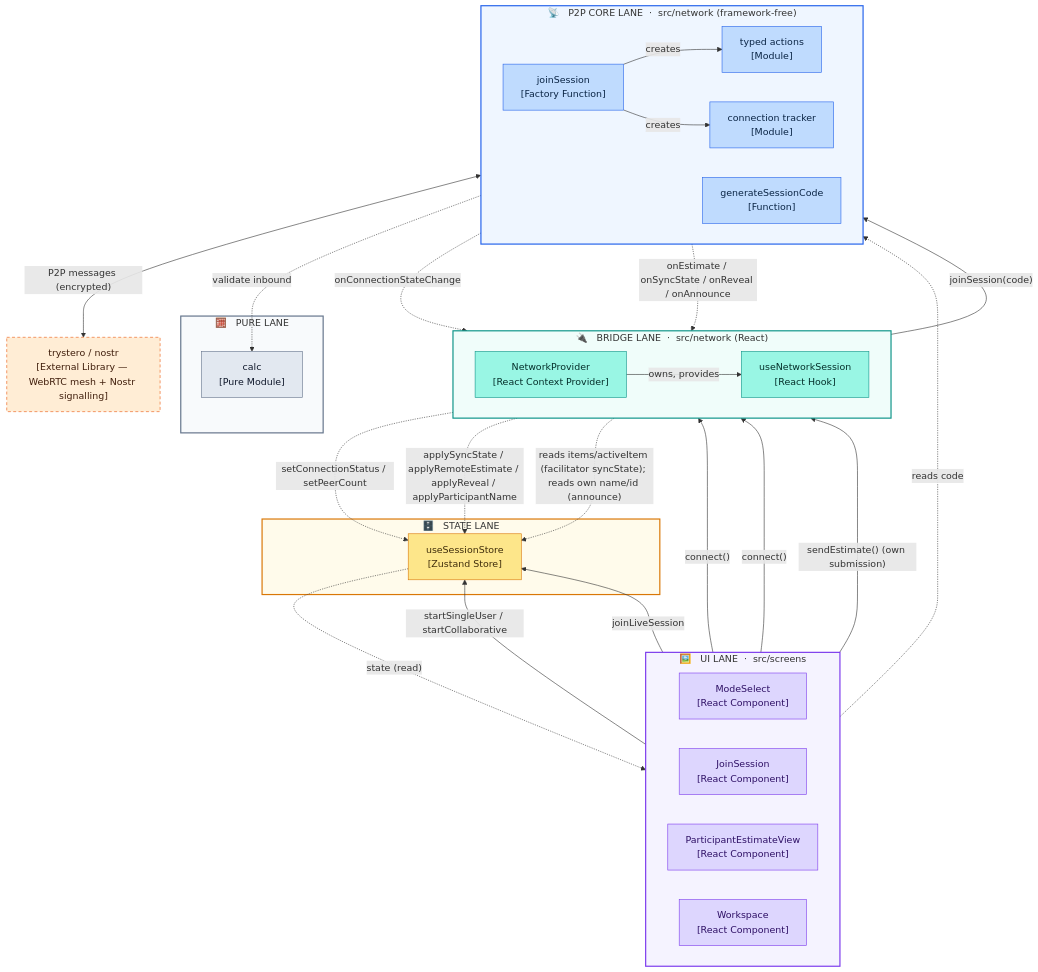
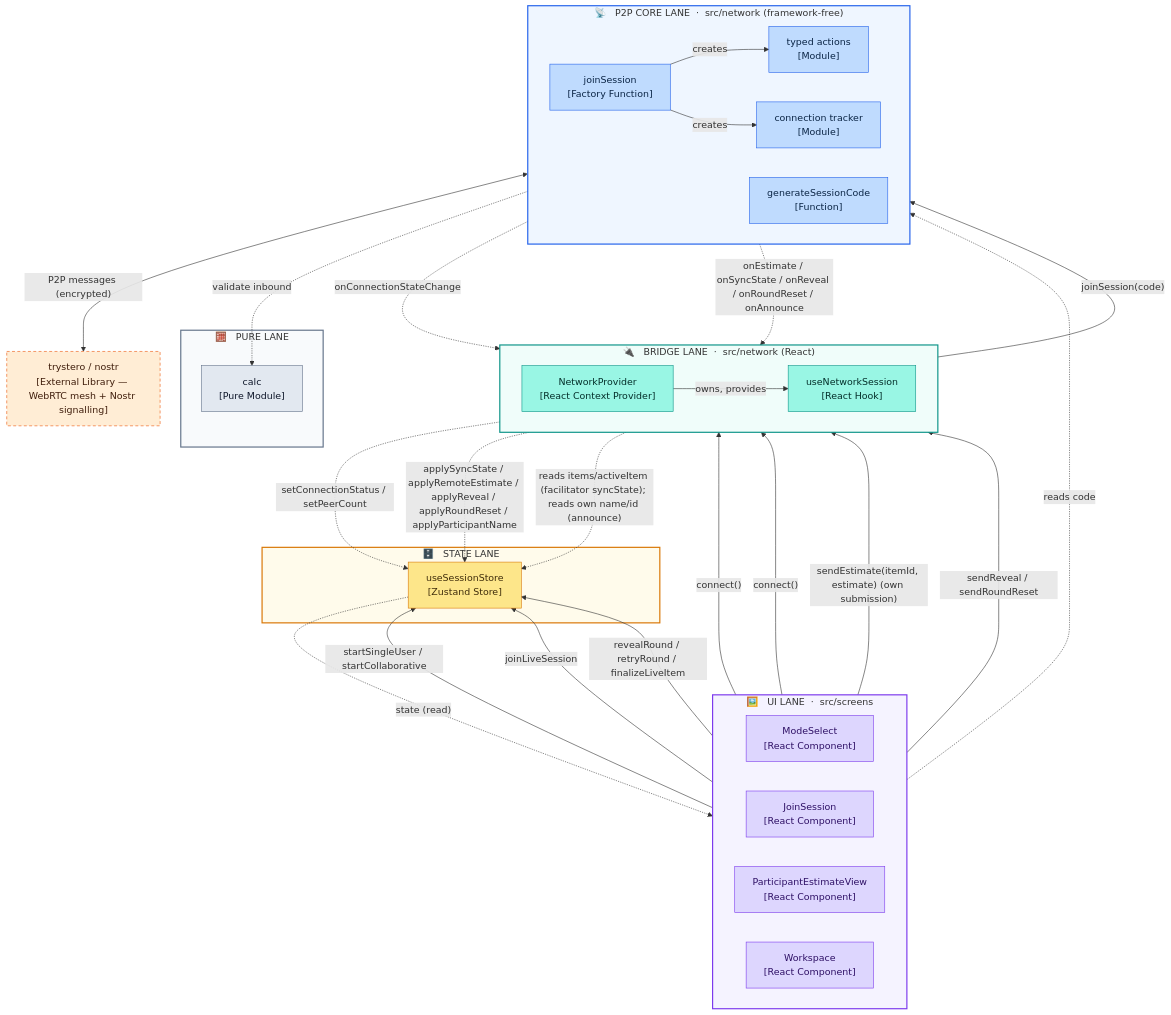
One commit to cfisch3r/estimate changed the first of 5 diagrams in docs/concepts/collaboration-mode.md. Above: the diagram before and after it, drawn with Mermaid. The commit also changed other lines of this file and 22 other files, not shown here.

First line of the commit message:
Build the facilitator reveal flow: Workspace 1c → 1d (#8) (#45)

````diff
--- a/docs/concepts/collaboration-mode.md
+++ b/docs/concepts/collaboration-mode.md
@@ -22,77 +23,79 @@
 ```mermaid
 flowchart TD
   subgraph screens["🖼️ &nbsp; UI LANE &nbsp;·&nbsp; src/screens"]
     direction LR
     MS["ModeSelect<br/>[React Component]"]
     JS["JoinSession<br/>[React Component]"]
     PEV["ParticipantEstimateView<br/>[React Component]"]
     WS["Workspace<br/>[React Component]"]
   end
 
   subgraph statelane["🗄️ &nbsp; STATE LANE"]
     Store["useSessionStore<br/>[Zustand Store]"]
   end
 
   subgraph bridge["🔌 &nbsp; BRIDGE LANE &nbsp;·&nbsp; src/network (React)"]
     direction LR
     NP["NetworkProvider<br/>[React Context Provider]"]
     Hook["useNetworkSession<br/>[React Hook]"]
   end
 
   subgraph core["📡 &nbsp; P2P CORE LANE &nbsp;·&nbsp; src/network (framework-free)"]
     direction LR
     JSN["joinSession<br/>[Factory Function]"]
     Act["typed actions<br/>[Module]"]
     Conn["connection tracker<br/>[Module]"]
     Code["generateSessionCode<br/>[Function]"]
   end
 
   subgraph purelane["🧮 &nbsp; PURE LANE"]
     Calc["calc<br/>[Pure Module]"]
   end
 
   Trystero["trystero / nostr<br/>[External Library — WebRTC mesh + Nostr signalling]"]
 
   %% --- synchronous calls (solid) ---
   MS -->|"startSingleUser / startCollaborative"| Store
   JS -->|"joinLiveSession"| Store
   MS -->|"connect()"| Hook
   JS -->|"connect()"| Hook
   MS -.->|"reads code"| Code
   NP -->|"owns, provides"| Hook
   Hook -->|"joinSession(code)"| JSN
-  PEV -->|"sendEstimate() (own submission)"| Hook
+  PEV -->|"sendEstimate(itemId, estimate) (own submission)"| Hook
+  WS -->|"revealRound / retryRound / finalizeLiveItem"| Store
+  WS -->|"sendReveal / sendRoundReset"| Hook
   JSN -->|"creates"| Act
   JSN -->|"creates"| Conn
   Act <-->|"P2P messages (encrypted)"| Trystero
   Act -.->|"validate inbound"| Calc
 
   %% --- asynchronous events / reads (dotted) ---
   Conn -.->|"onConnectionStateChange"| Hook
-  Act -.->|"onEstimate / onSyncState / onReveal / onAnnounce"| NP
+  Act -.->|"onEstimate / onSyncState / onReveal / onRoundReset / onAnnounce"| NP
   Hook -.->|"setConnectionStatus / setPeerCount"| Store
-  NP -.->|"applySyncState / applyRemoteEstimate / applyReveal / applyParticipantName"| Store
+  NP -.->|"applySyncState / applyRemoteEstimate / applyReveal / applyRoundReset / applyParticipantName"| Store
   NP -.->|"reads items/activeItem (facilitator syncState); reads own name/id (announce)"| Store
   Store -.->|"state (read)"| screens
 
   %% --- lane + node colours ---
   classDef ui     fill:#DDD6FE,stroke:#7C3AED,color:#2E1065
   classDef state  fill:#FDE68A,stroke:#D97706,color:#3F2D0B
   classDef br     fill:#99F6E4,stroke:#0D9488,color:#042F2A
   classDef pcore  fill:#BFDBFE,stroke:#2563EB,color:#0B2545
   classDef pure   fill:#E2E8F0,stroke:#64748B,color:#0F172A
   classDef ext    fill:#FFEDD5,stroke:#EA580C,color:#3F1D0B,stroke-dasharray:5 4
 
   class MS,JS,PEV,WS ui
   class Store state
   class NP,Hook br
   class JSN,Act,Conn,Code pcore
   class Calc pure
   class Trystero ext
 
   style screens   fill:#F5F3FF,stroke:#7C3AED,stroke-width:2px
   style statelane fill:#FFFBEB,stroke:#D97706,stroke-width:2px
   style bridge    fill:#F0FDFA,stroke:#0D9488,stroke-width:2px
   style core      fill:#EFF6FF,stroke:#2563EB,stroke-width:2px
   style purelane  fill:#F8FAFC,stroke:#64748B,stroke-width:2px
 ```
````
